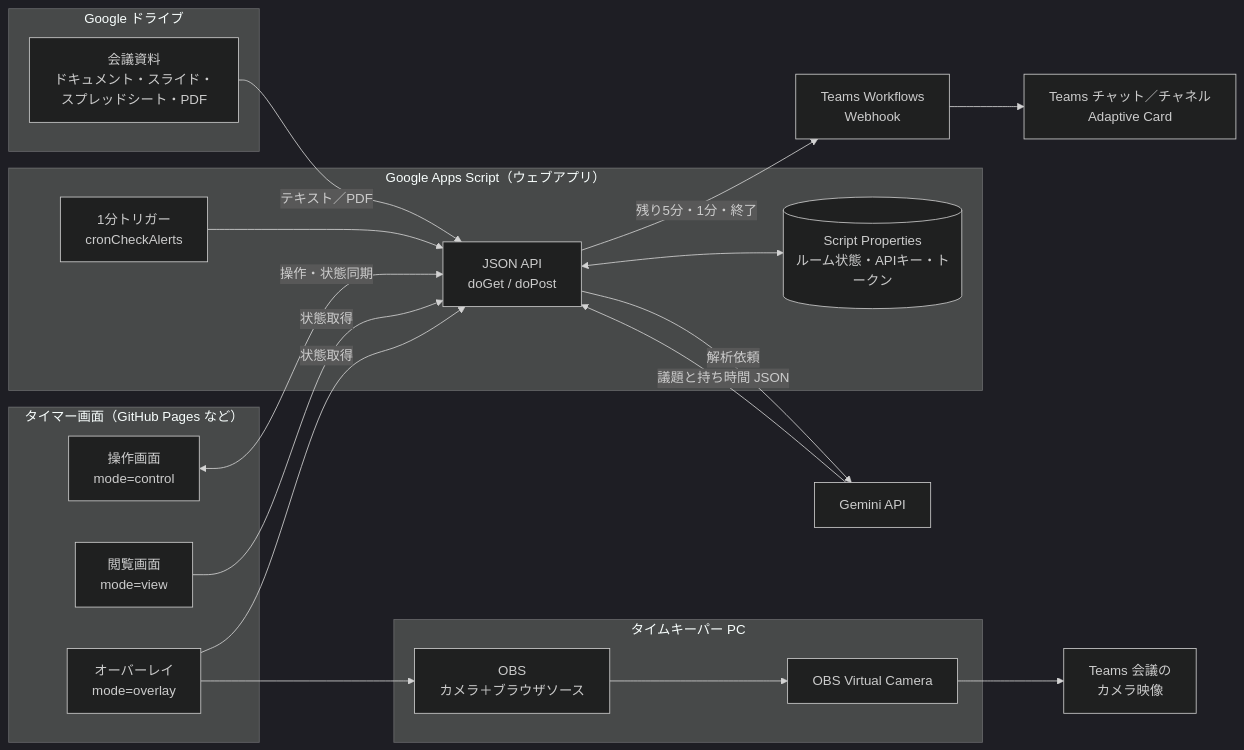
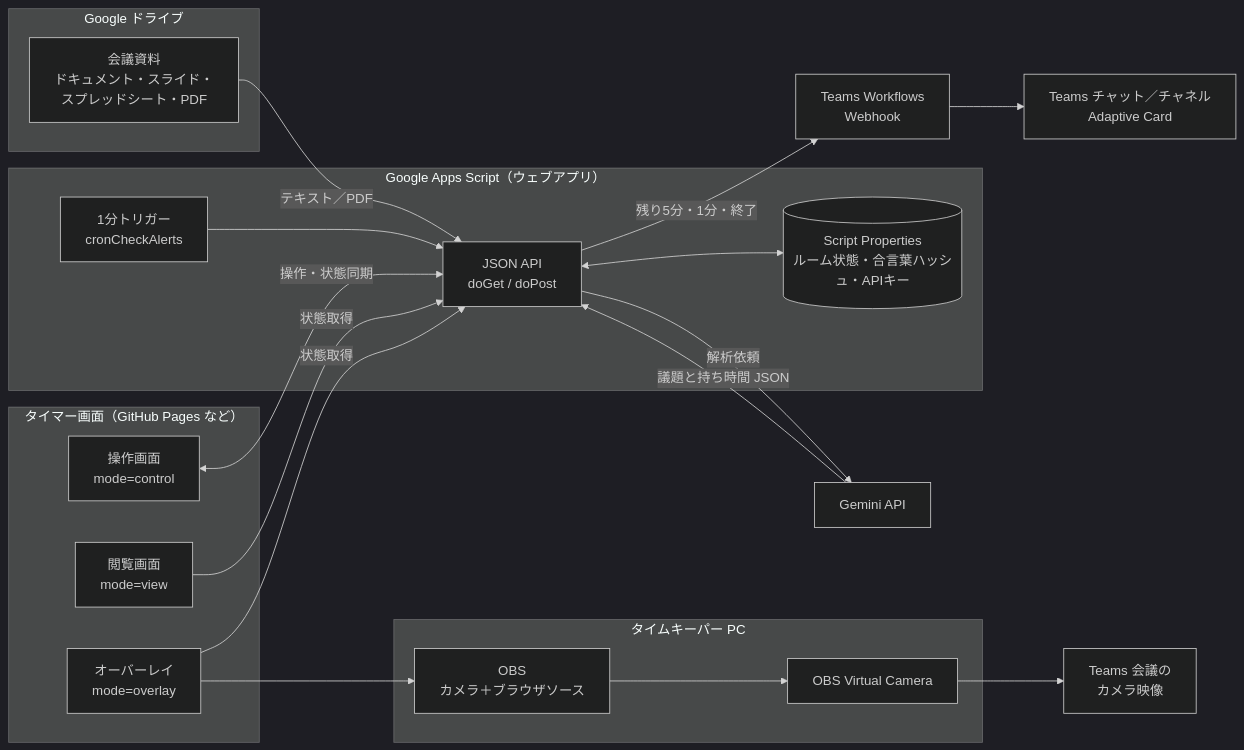
Before and after one commit to kenken6291/teams-meeting-timer: the first of 3 diagrams in README.md, drawn with Mermaid (dark theme). The commit also changed other lines of this file and 4 other files, not shown here.

````diff
--- a/README.md
+++ b/README.md
@@ -40,40 +40,40 @@
 ```mermaid
 flowchart LR
   subgraph GD["Google ドライブ"]
     DOC["会議資料<br/>ドキュメント・スライド・<br/>スプレッドシート・PDF"]
   end
 
   subgraph GAS["Google Apps Script（ウェブアプリ）"]
     API["JSON API<br/>doGet / doPost"]
-    PROP[("Script Properties<br/>ルーム状態・APIキー・トークン")]
+    PROP[("Script Properties<br/>ルーム状態・合言葉ハッシュ・APIキー")]
     CRON["1分トリガー<br/>cronCheckAlerts"]
   end
 
   GEM["Gemini API"]
   WF["Teams Workflows<br/>Webhook"]
   CH["Teams チャット／チャネル<br/>Adaptive Card"]
 
   subgraph WEB["タイマー画面（GitHub Pages など）"]
     CTRL["操作画面<br/>mode=control"]
     VIEW["閲覧画面<br/>mode=view"]
     OVL["オーバーレイ<br/>mode=overlay"]
   end
 
   subgraph TK["タイムキーパー PC"]
     OBS["OBS<br/>カメラ＋ブラウザソース"]
     VCAM["OBS Virtual Camera"]
   end
 
   MEET["Teams 会議の<br/>カメラ映像"]
 
   DOC -- "テキスト／PDF" --> API
   API -- "解析依頼" --> GEM
   GEM -- "議題と持ち時間 JSON" --> API
   API <--> PROP
   CRON --> API
   API -- "残り5分・1分・終了" --> WF --> CH
   CTRL <-- "操作・状態同期" --> API
   VIEW -- "状態取得" --> API
   OVL -- "状態取得" --> API
   OVL --> OBS --> VCAM --> MEET
 ```
````
